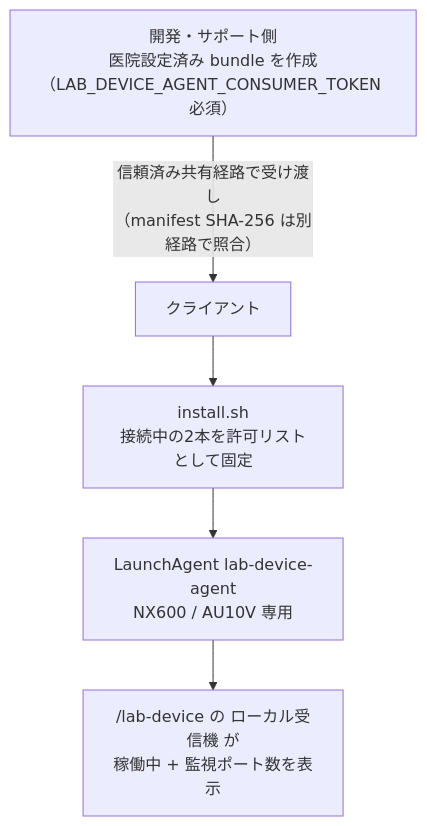
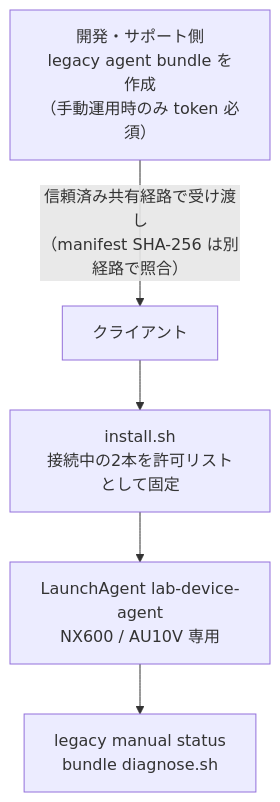
One commit to MinoruSoga/AnimalEkarte changed the diagram in docs/ops/deploy/lab-devices/LAB_DEVICE_AGENT_MACOS.md. Above: the diagram before and after it, drawn with Mermaid. The commit also changed other lines of this file and 18 other files, not shown here.

````diff
--- a/docs/ops/deploy/lab-devices/LAB_DEVICE_AGENT_MACOS.md
+++ b/docs/ops/deploy/lab-devices/LAB_DEVICE_AGENT_MACOS.md
@@ -9,8 +11,8 @@
 ```mermaid
 flowchart TB
-    dev["開発・サポート側<br/>医院設定済み bundle を作成<br/>（LAB_DEVICE_AGENT_CONSUMER_TOKEN 必須）"]
+    dev["開発・サポート側<br/>legacy agent bundle を作成<br/>（手動運用時のみ token 必須）"]
     dev -->|"信頼済み共有経路で受け渡し<br/>（manifest SHA-256 は別経路で照合）"| cli["クライアント"]
     cli --> ins["install.sh<br/>接続中の2本を許可リストとして固定"]
     ins --> ag["LaunchAgent lab-device-agent<br/>NX600 / AU10V 専用"]
-    ag --> ui["/lab-device の ローカル受信機 が<br/>稼働中 + 監視ポート数を表示"]
+    ag --> ui["legacy manual status<br/>bundle diagnose.sh"]
 ```
````
